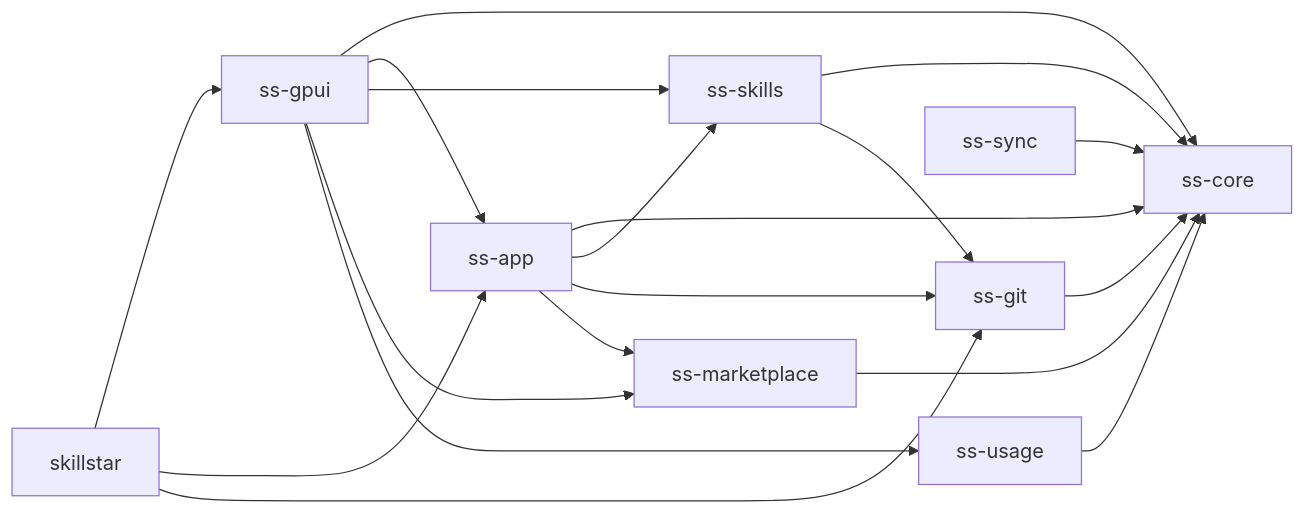
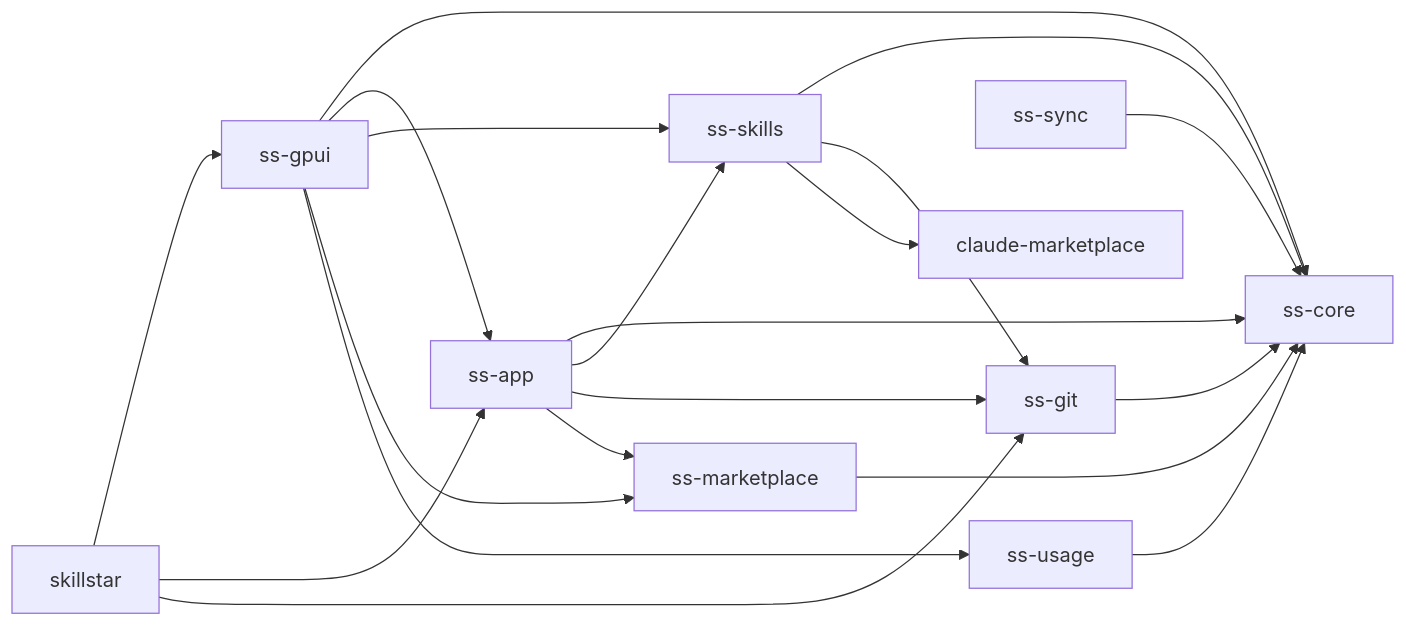
One commit to xxww0098/SkillStar changed the diagram in docs/boundaries.md. Above: the diagram before and after it, drawn with Mermaid. The commit also changed other lines of this file and 490 other files, not shown here.

````diff
--- a/docs/boundaries.md
+++ b/docs/boundaries.md
@@ -86,31 +92,33 @@
 ```mermaid
 flowchart LR
   core["ss-core"]
   git["ss-git"]
   skills["ss-skills"]
   market["ss-marketplace"]
   usage["ss-usage"]
   sync["ss-sync"]
+  cmkt["claude-marketplace"]
   app["ss-app"]
   gpui["ss-gpui"]
   bin["skillstar"]
 
   market --> core
   skills --> core
   skills --> git
+  skills --> cmkt
   git --> core
   usage --> core
   sync --> core
   app --> core
   app --> skills
   app --> git
   app --> market
   gpui --> core
   gpui --> app
   gpui --> skills
   gpui --> market
   gpui --> usage
   bin --> gpui
   bin --> app
   bin --> git
 ```
````
